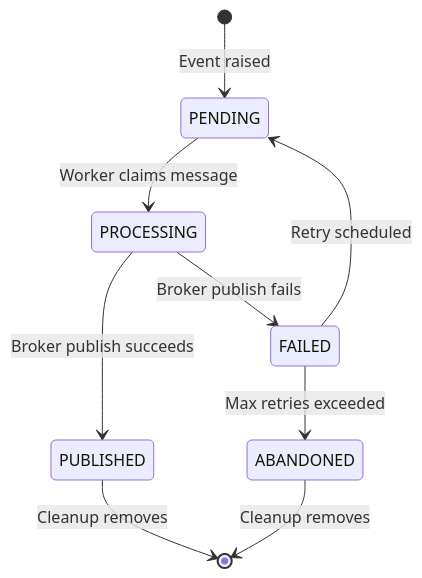
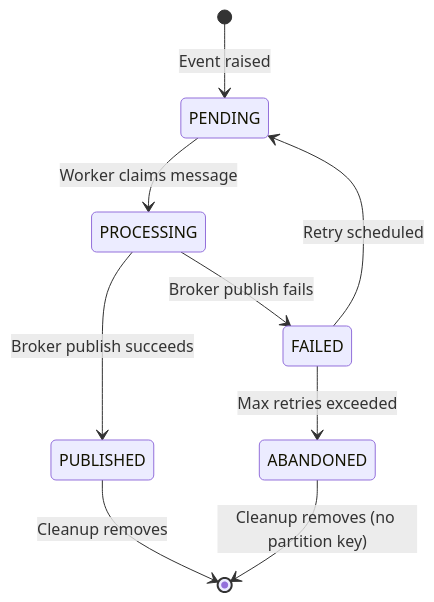
One commit to proteanhq/protean changed the fourth of 4 diagrams in docs/concepts/async-processing/outbox.md. Above: the diagram before and after it, drawn with Mermaid. The commit also changed other lines of this file and 36 other files, not shown here.

First line of the commit message:
Hold a partition key's later outbox rows until earlier rows publish (#1963)

````diff
--- a/docs/concepts/async-processing/outbox.md
+++ b/docs/concepts/async-processing/outbox.md
@@ -165,11 +165,11 @@
 ```mermaid
 stateDiagram-v2
     [*] --> PENDING: Event raised
     PENDING --> PROCESSING: Worker claims message
     PROCESSING --> PUBLISHED: Broker publish succeeds
     PROCESSING --> FAILED: Broker publish fails
     FAILED --> PENDING: Retry scheduled
     FAILED --> ABANDONED: Max retries exceeded
     PUBLISHED --> [*]: Cleanup removes
-    ABANDONED --> [*]: Cleanup removes
+    ABANDONED --> [*]: Cleanup removes (no partition key)
 ```
````
